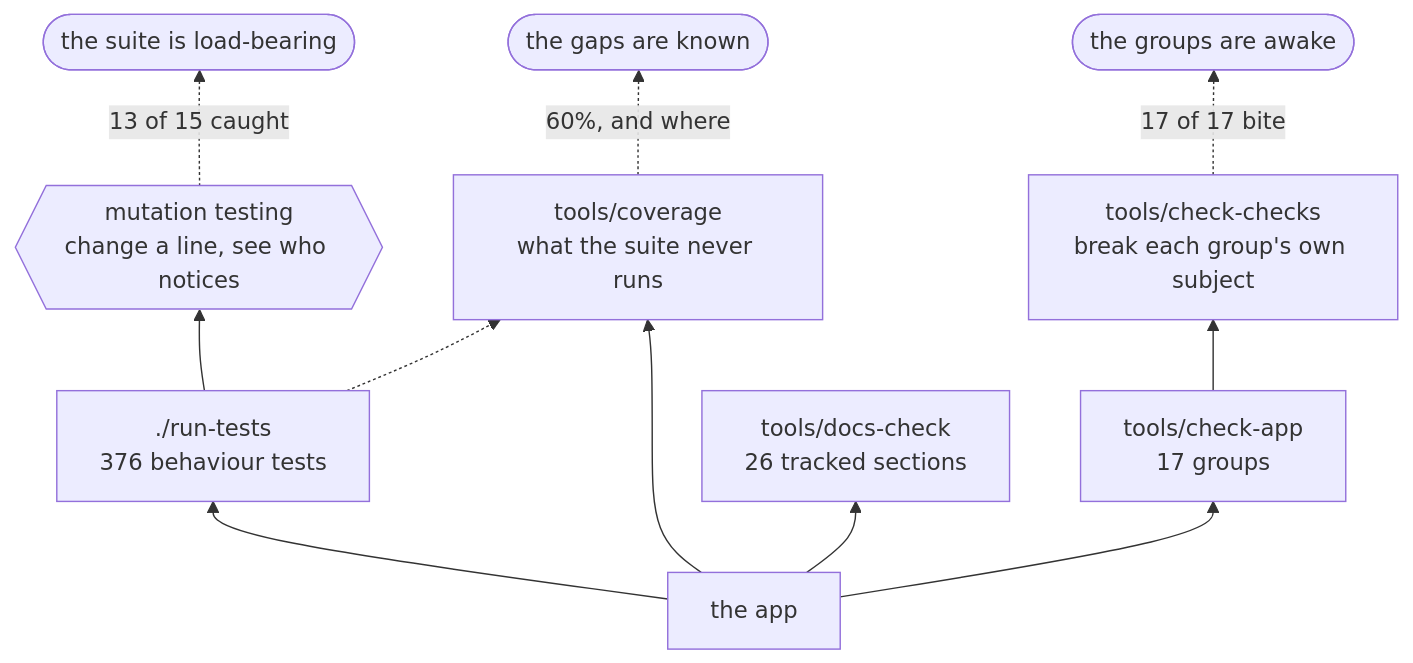
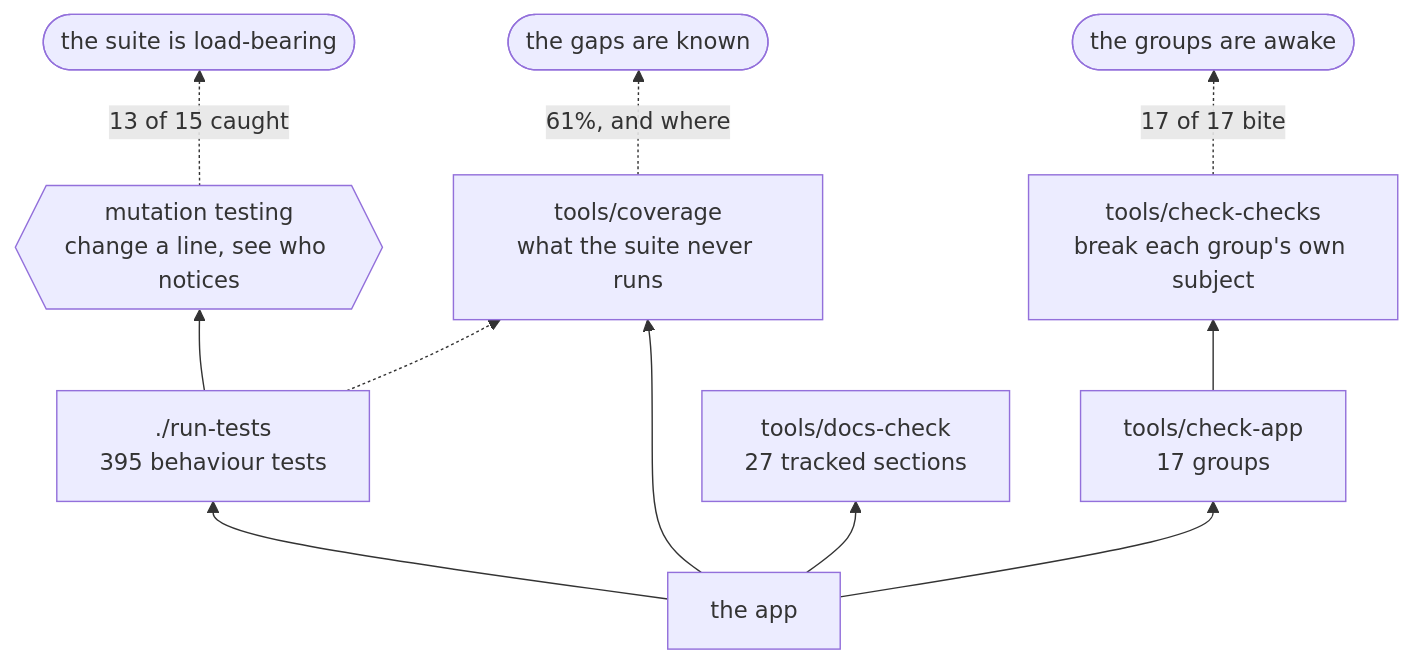
The second of 2 diagrams in docs/DEVELOPING.md (minormending/crystal-pilot-mobile), drawn with Mermaid before and after one commit. The commit also changed 4 other files, not shown here.

````diff
--- a/docs/DEVELOPING.md
+++ b/docs/DEVELOPING.md
@@ -118,13 +118,13 @@
 ```mermaid
 flowchart BT
-    C["the app"] --> T["./run-tests<br/>376 behaviour tests"]
+    C["the app"] --> T["./run-tests<br/>395 behaviour tests"]
     C --> A["tools/check-app<br/>17 groups"]
-    C --> D["tools/docs-check<br/>26 tracked sections"]
+    C --> D["tools/docs-check<br/>27 tracked sections"]
     C --> V["tools/coverage<br/>what the suite never runs"]
     T --> M{{"mutation testing<br/>change a line, see who notices"}}
     A --> K["tools/check-checks<br/>break each group's own subject"]
     T -.-> V
     M -.->|"13 of 15 caught"| R(["the suite is load-bearing"])
     K -.->|"17 of 17 bite"| R2(["the groups are awake"])
-    V -.->|"60%, and where"| R3(["the gaps are known"])
+    V -.->|"61%, and where"| R3(["the gaps are known"])
 ```
````
